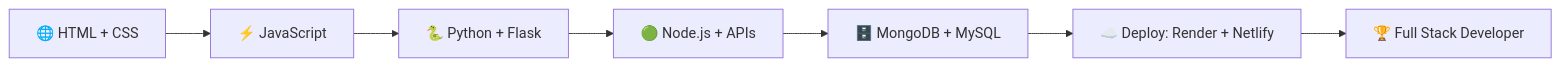
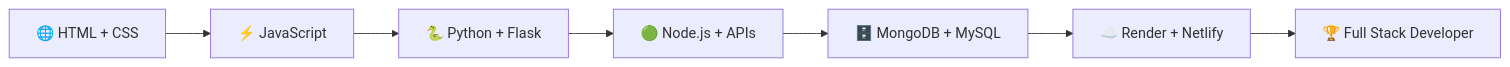
One commit to angelcamayojm-wq/angelcamayojm-wq changed the diagram in README.md. Above: the diagram before and after it, drawn with Mermaid. The commit also changed other lines of this file, not shown here.

````diff
--- a/README.md
+++ b/README.md
@@ -151,9 +186,9 @@
 ```mermaid
 flowchart LR
     A[🌐 HTML + CSS] --> B[⚡ JavaScript]
     B --> C[🐍 Python + Flask]
     C --> D[🟢 Node.js + APIs]
     D --> E[🗄️ MongoDB + MySQL]
-    E --> F[☁️ Deploy: Render + Netlify]
+    E --> F[☁️ Render + Netlify]
     F --> G[🏆 Full Stack Developer]
 ```
````
